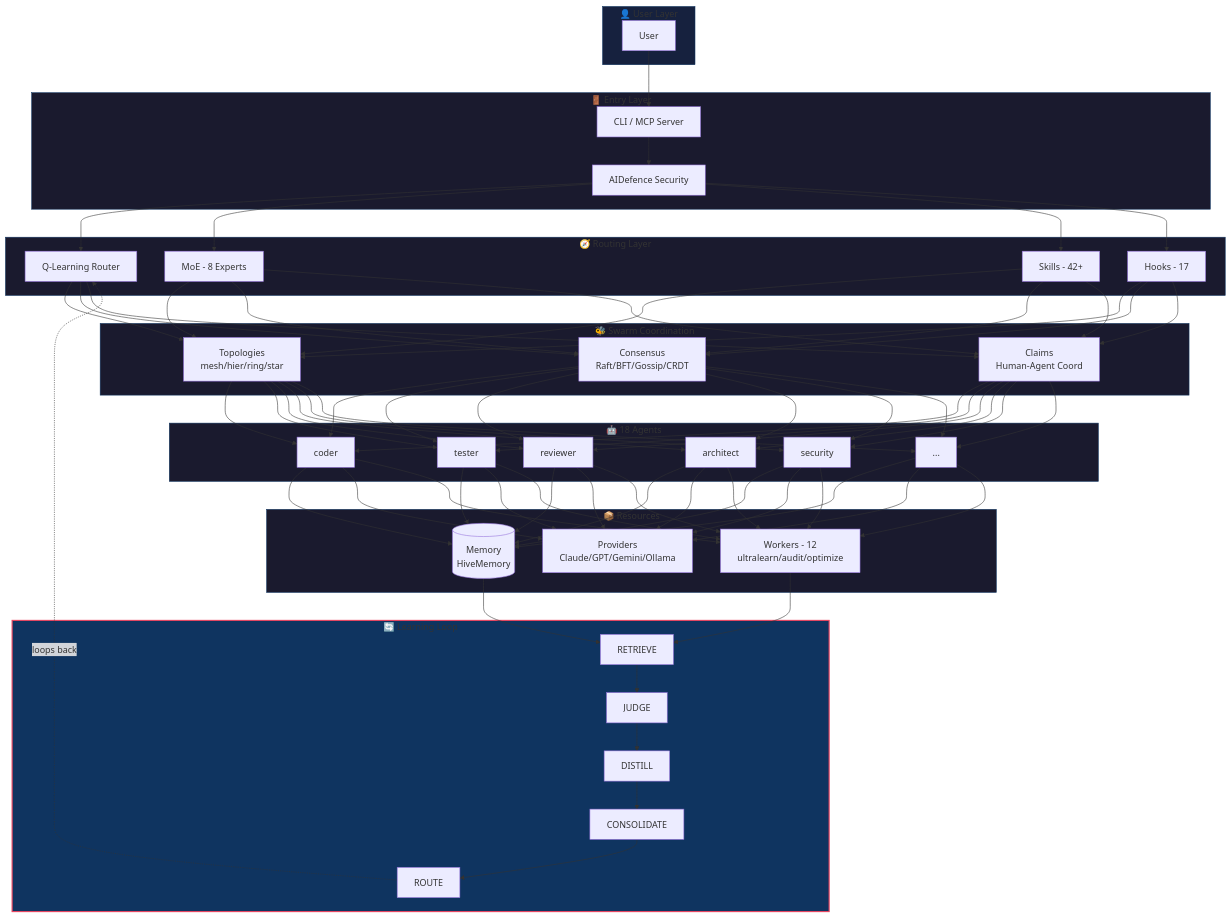
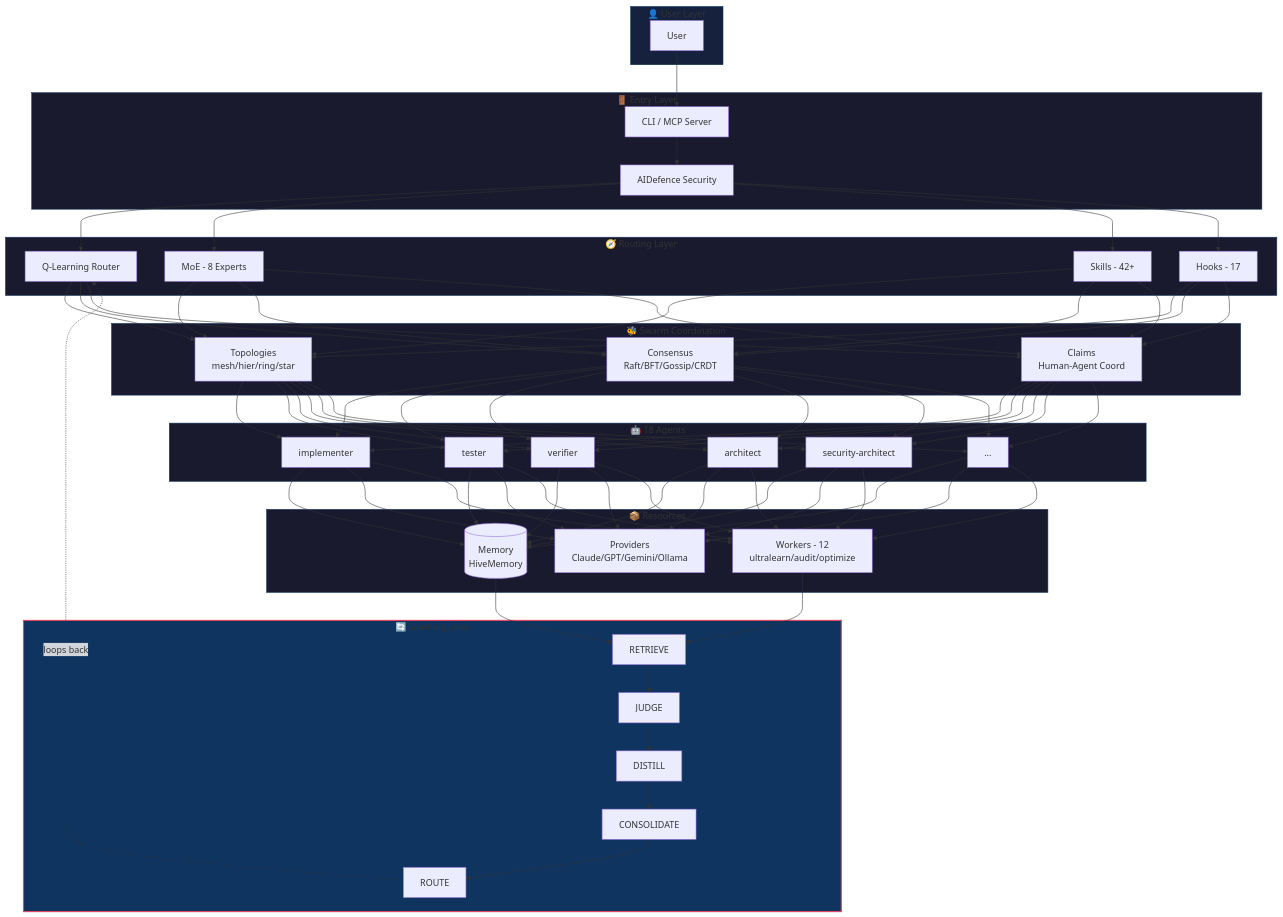
One commit to hypnwtykvmpr/hive-flow changed the first of 6 diagrams in README.md. Above: the diagram before and after it, drawn with Mermaid. The commit also changed other lines of this file and 1 other file, not shown here.

````diff
--- a/README.md
+++ b/README.md
@@ -26,60 +26,60 @@
 ```mermaid
 flowchart TB
     subgraph USER["👤 User Layer"]
         U[User]
     end
 
     subgraph ENTRY["🚪 Entry Layer"]
         CLI[CLI / MCP Server]
         AID[AIDefence Security]
     end
 
     subgraph ROUTING["🧭 Routing Layer"]
         QL[Q-Learning Router]
         MOE[MoE - 8 Experts]
         SK[Skills - 42+]
         HK[Hooks - 17]
     end
 
     subgraph SWARM["🐝 Swarm Coordination"]
         TOPO[Topologies<br/>mesh/hier/ring/star]
         CONS[Consensus<br/>Raft/BFT/Gossip/CRDT]
         CLM[Claims<br/>Human-Agent Coord]
     end
 
     subgraph AGENTS["🤖 18 Agents"]
-        AG1[coder]
+        AG1[implementer]
         AG2[tester]
-        AG3[reviewer]
+        AG3[verifier]
         AG4[architect]
-        AG5[security]
+        AG5[security-architect]
         AG6[...]
     end
 
     subgraph RESOURCES["📦 Resources"]
         MEM[(Memory<br/>HiveMemory)]
         PROV[Providers<br/>Claude/GPT/Gemini/Ollama]
         WORK[Workers - 12<br/>ultralearn/audit/optimize]
     end
 
     subgraph LEARNING["🔄 Learning Loop"]
         L1[RETRIEVE] --> L2[JUDGE] --> L3[DISTILL] --> L4[CONSOLIDATE] --> L5[ROUTE]
     end
 
     U --> CLI
     CLI --> AID
     AID --> QL & MOE & SK & HK
     QL & MOE & SK & HK --> TOPO & CONS & CLM
     TOPO & CONS & CLM --> AG1 & AG2 & AG3 & AG4 & AG5 & AG6
     AG1 & AG2 & AG3 & AG4 & AG5 & AG6 --> MEM & PROV & WORK
     MEM & WORK --> L1
     L5 -.->|loops back| QL
 
     style LEARNING fill:#0f3460,stroke:#e94560,stroke-width:2px
     style USER fill:#16213e,stroke:#0f3460
     style ENTRY fill:#1a1a2e,stroke:#0f3460
     style ROUTING fill:#1a1a2e,stroke:#0f3460
     style SWARM fill:#1a1a2e,stroke:#0f3460
     style AGENTS fill:#1a1a2e,stroke:#0f3460
     style RESOURCES fill:#1a1a2e,stroke:#0f3460
 ```
````
